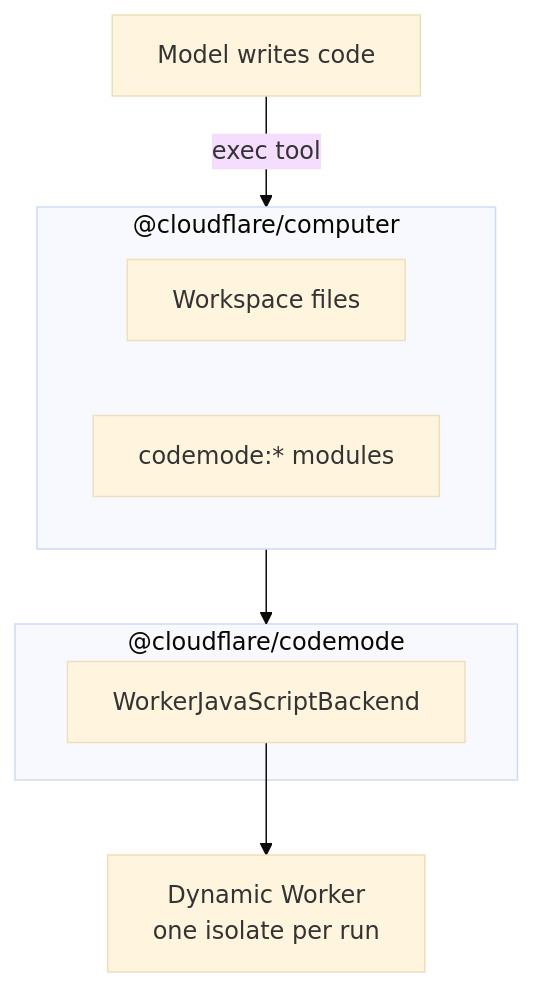
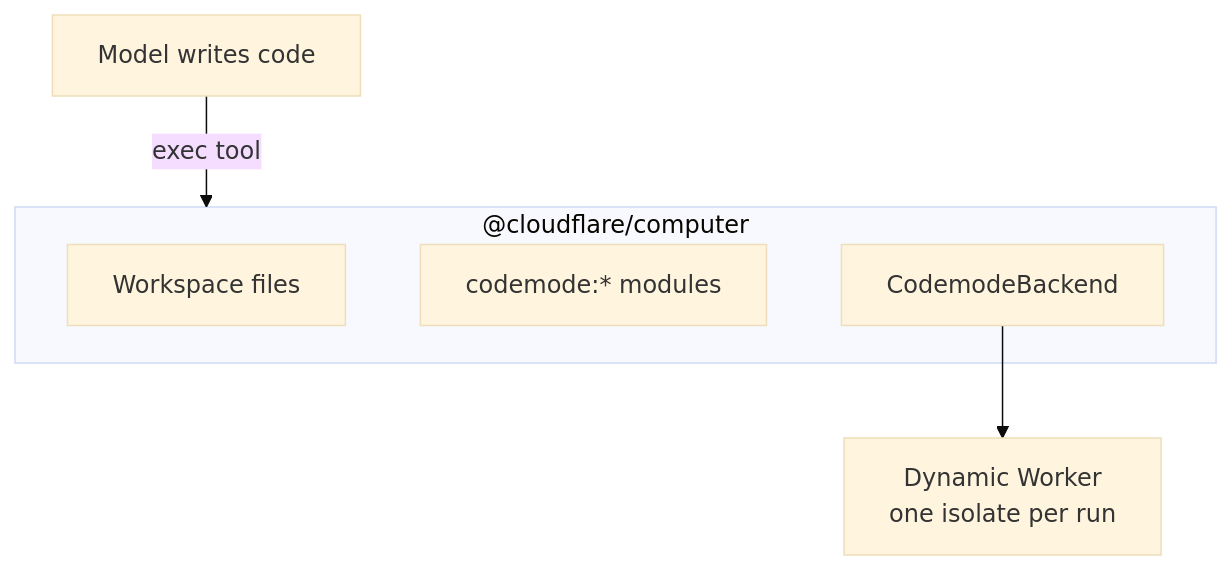
One commit to cloudflare/cloudflare-docs changed the diagram in src/content/docs/agents/runtime/code-mode/index.mdx. Above: the diagram before and after it, drawn with Mermaid (base theme). The commit also changed other lines of this file and 9 other files, not shown here.

Commit message:
[Agents] Drop the executor page, leave Think pages to #35055, and describe @cloudflare/codemode as it ships

````diff
--- a/src/content/docs/agents/runtime/code-mode/index.mdx
+++ b/src/content/docs/agents/runtime/code-mode/index.mdx
@@ -37,13 +33,10 @@
 ```mermaid
 flowchart TB
     Model["Model writes code"] -->|"exec tool"| Computer
     subgraph Computer["@cloudflare/computer"]
         WS["Workspace files"]
         Mods["codemode:* modules"]
-    end
-    Computer --> Exec
-    subgraph Exec["@cloudflare/codemode"]
-        Backend["WorkerJavaScriptBackend"]
+        Backend["CodemodeBackend"]
     end
     Backend --> DW["Dynamic Worker<br/>one isolate per run"]
 ```
````
